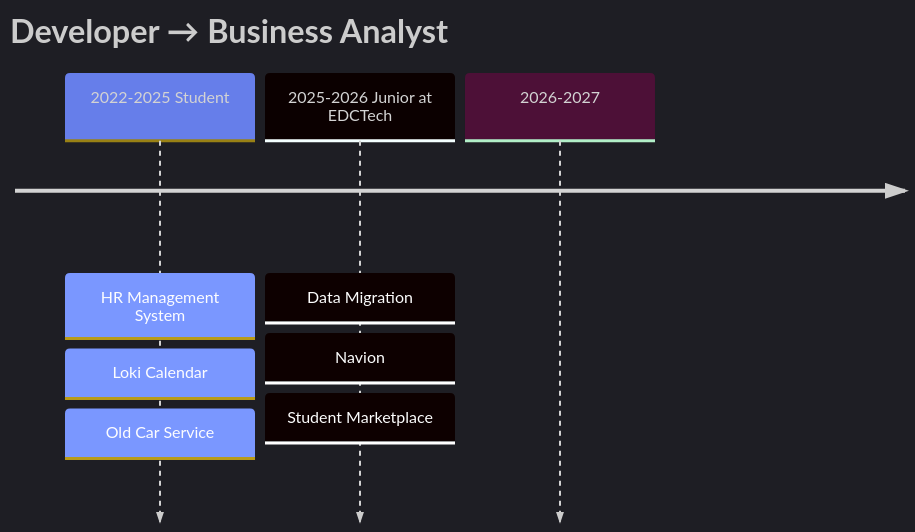
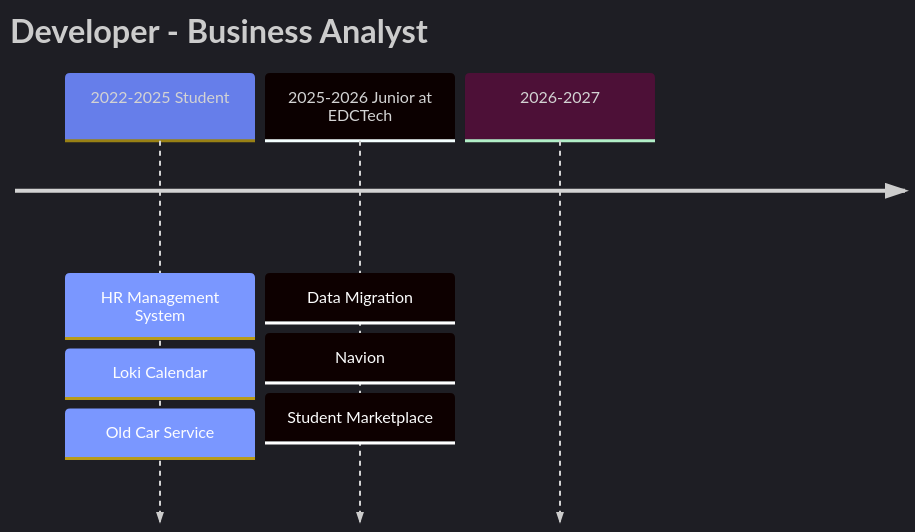
One commit to ZenithHawking/ZenithHawking changed the first of 2 diagrams in README.md. Above: the diagram before and after it, drawn with Mermaid.

````diff
--- a/README.md
+++ b/README.md
@@ -41,8 +41,8 @@
 ```mermaid
 %%{init: {'theme':'dark', 'themeVariables': { 'primaryColor':'#667eea','primaryTextColor':'#fff','lineColor':'#f093fb'}}}%%
 timeline
-    title Developer → Business Analyst
+    title Developer - Business Analyst
     2022-2025 Student : HR Management System : Loki Calendar : Old Car Service
     2025-2026 Junior at EDCTech : Data Migration : Navion : Student Marketplace
     2026-2027 
 ```
````
